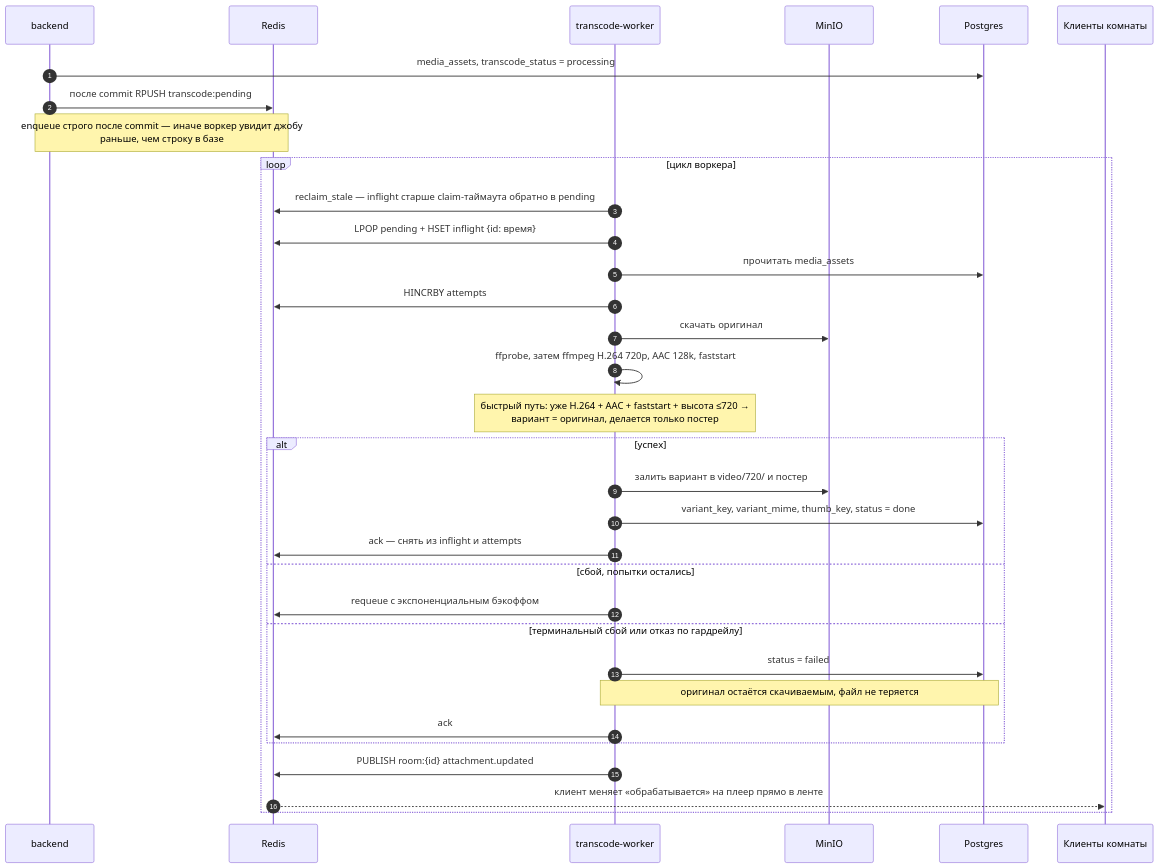
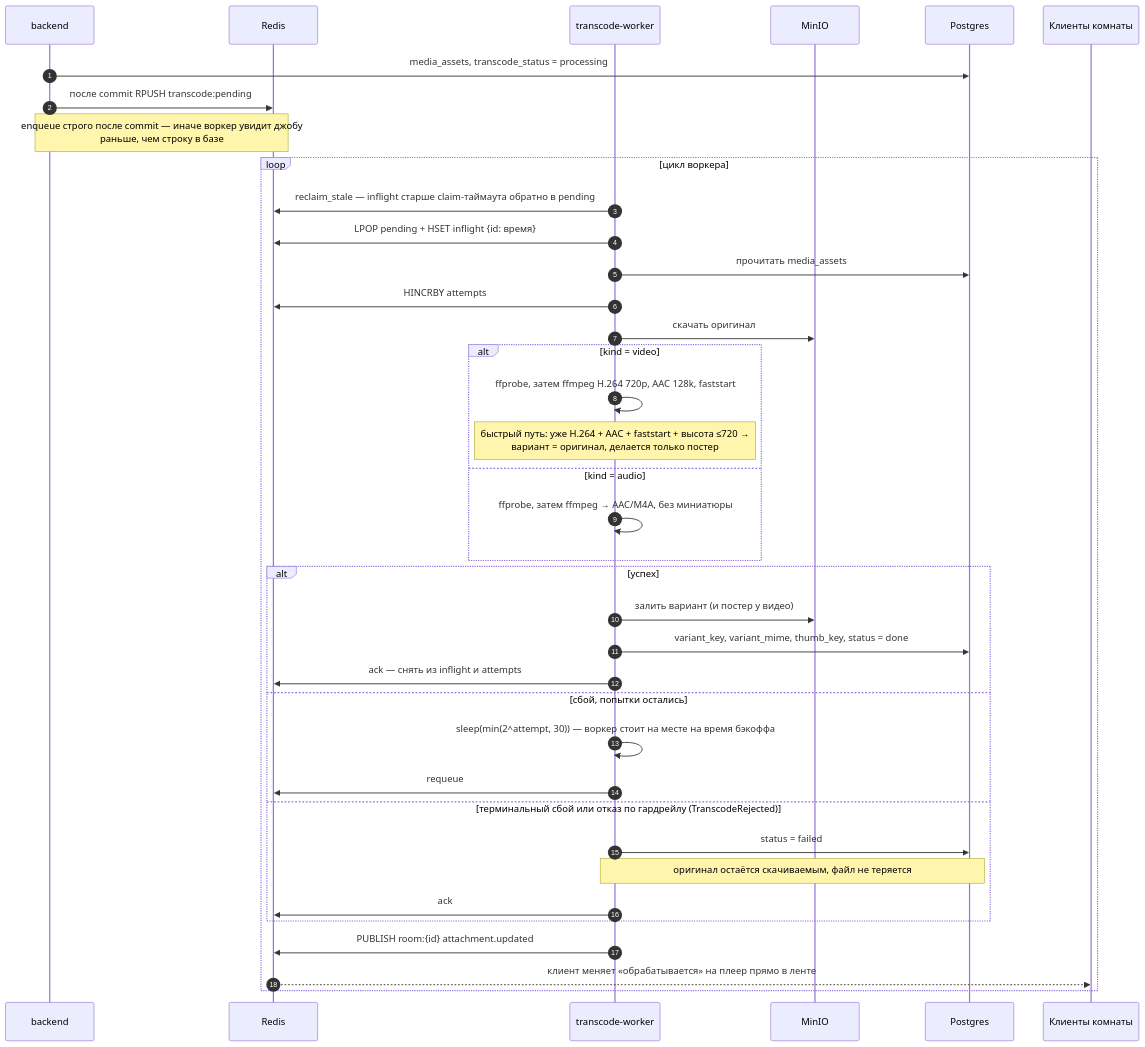
One commit to code-tamer3000/argonautica-platfrorm changed diagram 17 of 20 in docs/ARCHITECTURE.md. Above: the diagram before and after it, drawn with Mermaid. The commit also changed other lines of this file, not shown here.

First line of the commit message:
docs: синхронизировать ARCHITECTURE.md с реальностью бэкенда

````diff
--- a/docs/ARCHITECTURE.md
+++ b/docs/ARCHITECTURE.md
@@ -769,37 +981,42 @@
 ```mermaid
 sequenceDiagram
     autonumber
     participant A as backend
     participant R as Redis
     participant T as transcode-worker
     participant M as MinIO
     participant P as Postgres
     participant C as Клиенты комнаты
 
     A->>P: media_assets, transcode_status = processing
     A->>R: после commit RPUSH transcode:pending
     Note over A,R: enqueue строго после commit — иначе воркер увидит джобу<br/>раньше, чем строку в базе
 
     loop цикл воркера
         T->>R: reclaim_stale — inflight старше claim-таймаута обратно в pending
         T->>R: LPOP pending + HSET inflight {id: время}
         T->>P: прочитать media_assets
         T->>R: HINCRBY attempts
         T->>M: скачать оригинал
-        T->>T: ffprobe, затем ffmpeg H.264 720p, AAC 128k, faststart
-        Note over T: быстрый путь: уже H.264 + AAC + faststart + высота ≤720 →<br/>вариант = оригинал, делается только постер
+        alt kind = video
+            T->>T: ffprobe, затем ffmpeg H.264 720p, AAC 128k, faststart
+            Note over T: быстрый путь: уже H.264 + AAC + faststart + высота ≤720 →<br/>вариант = оригинал, делается только постер
+        else kind = audio
+            T->>T: ffprobe, затем ffmpeg → AAC/M4A, без миниатюры
+        end
         alt успех
-            T->>M: залить вариант в video/720/ и постер
+            T->>M: залить вариант (и постер у видео)
             T->>P: variant_key, variant_mime, thumb_key, status = done
             T->>R: ack — снять из inflight и attempts
         else сбой, попытки остались
-            T->>R: requeue с экспоненциальным бэкоффом
-        else терминальный сбой или отказ по гардрейлу
+            T->>T: sleep(min(2^attempt, 30)) — воркер стоит на месте на время бэкоффа
+            T->>R: requeue
+        else терминальный сбой или отказ по гардрейлу (TranscodeRejected)
             T->>P: status = failed
             Note over T,P: оригинал остаётся скачиваемым, файл не теряется
             T->>R: ack
         end
         T->>R: PUBLISH room:{id} attachment.updated
         R-->>C: клиент меняет «обрабатывается» на плеер прямо в ленте
     end
 ```
````
